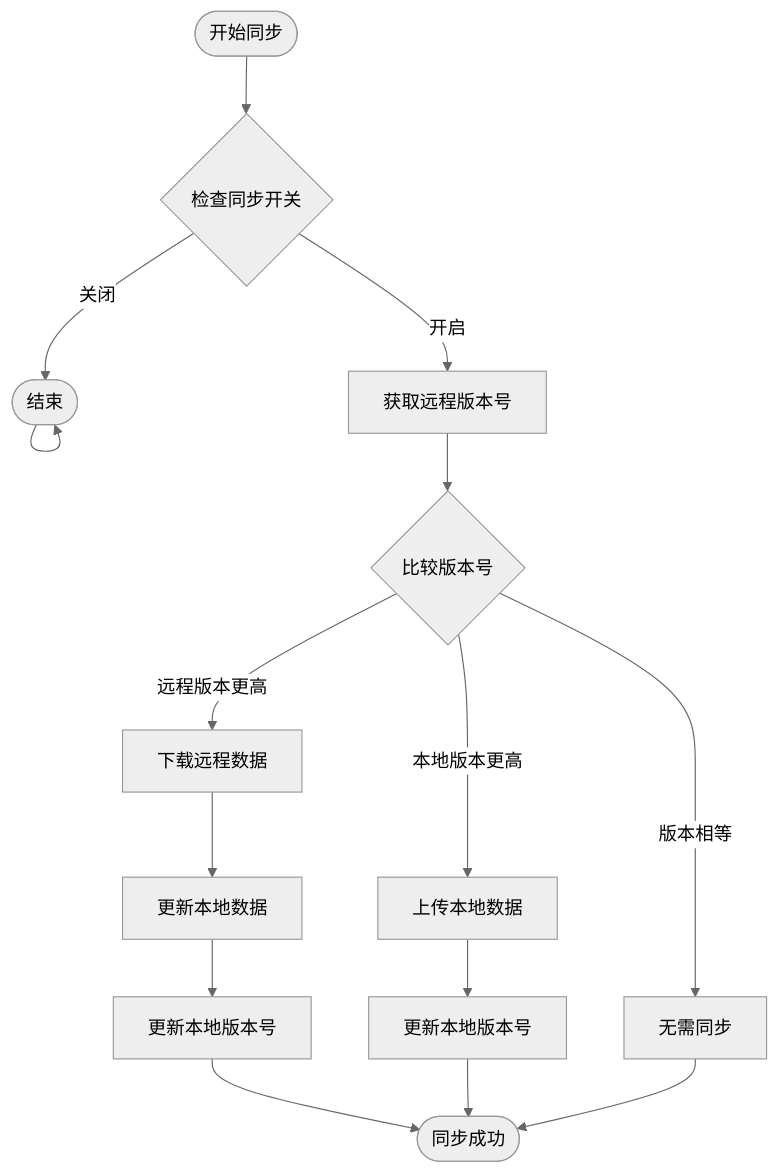
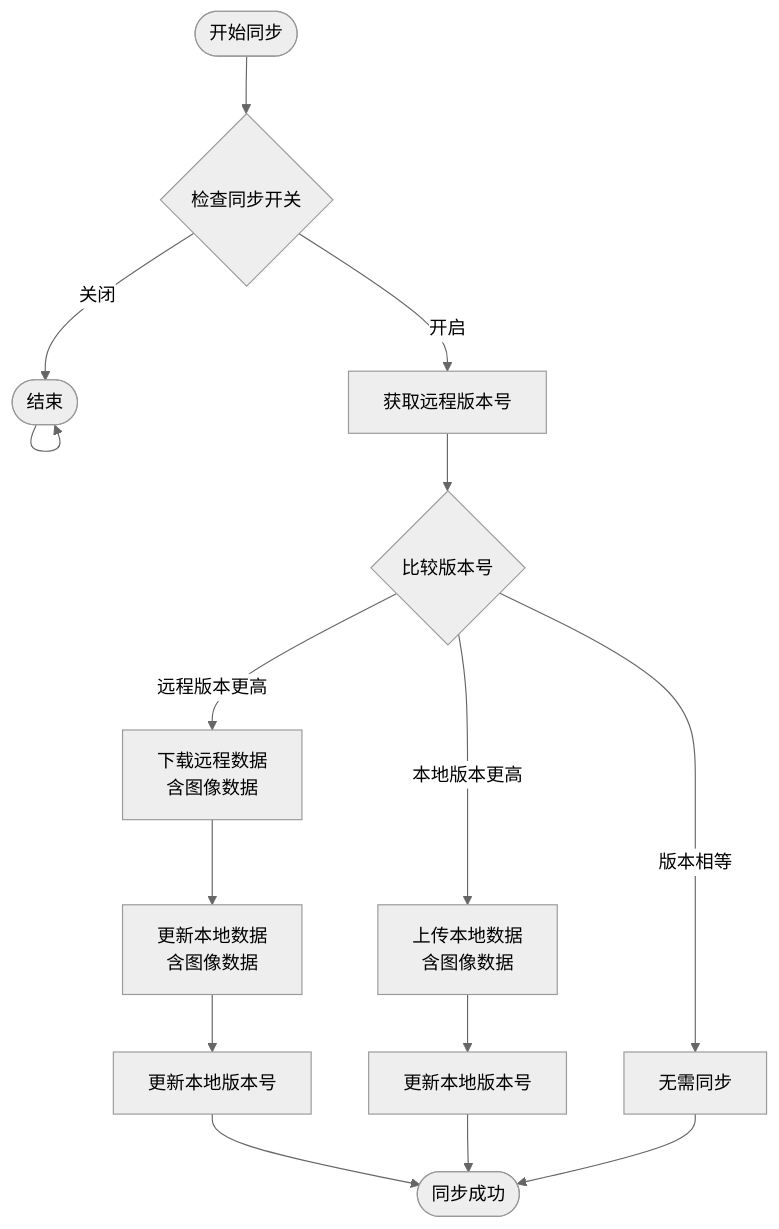
The fourth of 14 diagrams in .qoder/repowiki/zh/content/API参考手册/业务逻辑API/数据同步API.md (scgithub3220216/password-manager), drawn with Mermaid (neutral theme) before and after one commit. The commit also changed other lines of this file and 15 other files, not shown here.

First line of the commit message:
feat(sync): 增强数据同步以支持图像数据管理

````diff
--- a/.qoder/repowiki/zh/content/API参考手册/业务逻辑API/数据同步API.md
+++ b/.qoder/repowiki/zh/content/API参考手册/业务逻辑API/数据同步API.md
@@ -164,17 +186,17 @@
 ```mermaid
 flowchart TD
 Start([开始同步]) --> CheckSwitch{检查同步开关}
 CheckSwitch --> |关闭| End([结束])
 CheckSwitch --> |开启| GetVersion[获取远程版本号]
 GetVersion --> CompareVersion{比较版本号}
-CompareVersion --> |远程版本更高| Download[下载远程数据]
-CompareVersion --> |本地版本更高| Upload[上传本地数据]
+CompareVersion --> |远程版本更高| Download[下载远程数据<br/>含图像数据]
+CompareVersion --> |本地版本更高| Upload[上传本地数据<br/>含图像数据]
 CompareVersion --> |版本相等| NoSync[无需同步]
-Download --> UpdateLocal[更新本地数据]
+Download --> UpdateLocal[更新本地数据<br/>含图像数据]
 UpdateLocal --> UpdateVersion[更新本地版本号]
 UpdateVersion --> Success([同步成功])
 Upload --> UpdateVersion2[更新本地版本号]
 UpdateVersion2 --> Success
 NoSync --> Success
 End --> End
 ```
````
